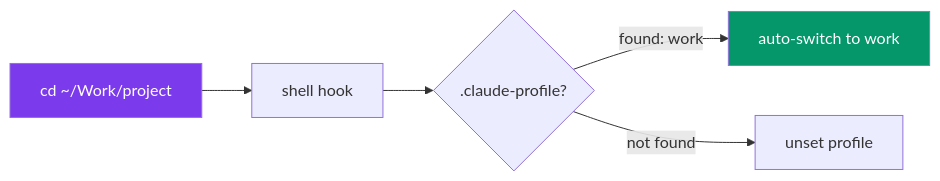
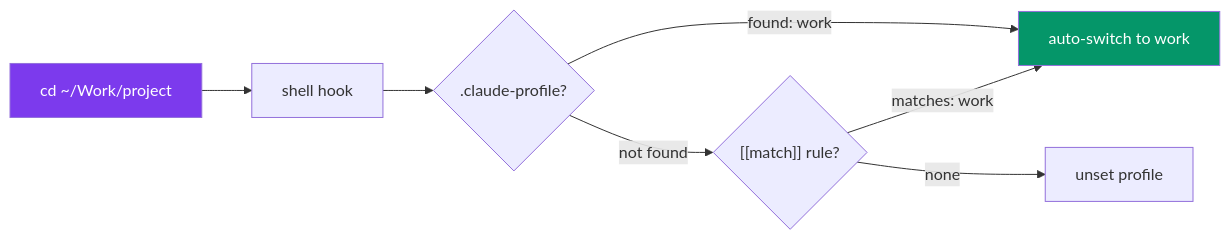
The second of 2 diagrams in README.md (JakubKontra/claude-profile-manager), drawn with Mermaid before and after one commit. The commit also changed other lines of this file and 1 other file, not shown here.

Commit message:
docs: document [[match]] rules and mark roadmap 2.1 done

````diff
--- a/README.md
+++ b/README.md
@@ -223,10 +223,12 @@
 ```mermaid
 flowchart LR
     A["cd ~/Work/project"] --> B["shell hook"]
     B --> C{".claude-profile?"}
     C -->|"found: work"| D["auto-switch to work"]
-    C -->|"not found"| E["unset profile"]
+    C -->|"not found"| F{"[[match]] rule?"}
+    F -->|"matches: work"| D
+    F -->|"none"| E["unset profile"]
 
     style A fill:#7c3aed,color:#fff
     style D fill:#059669,color:#fff
 ```
````
